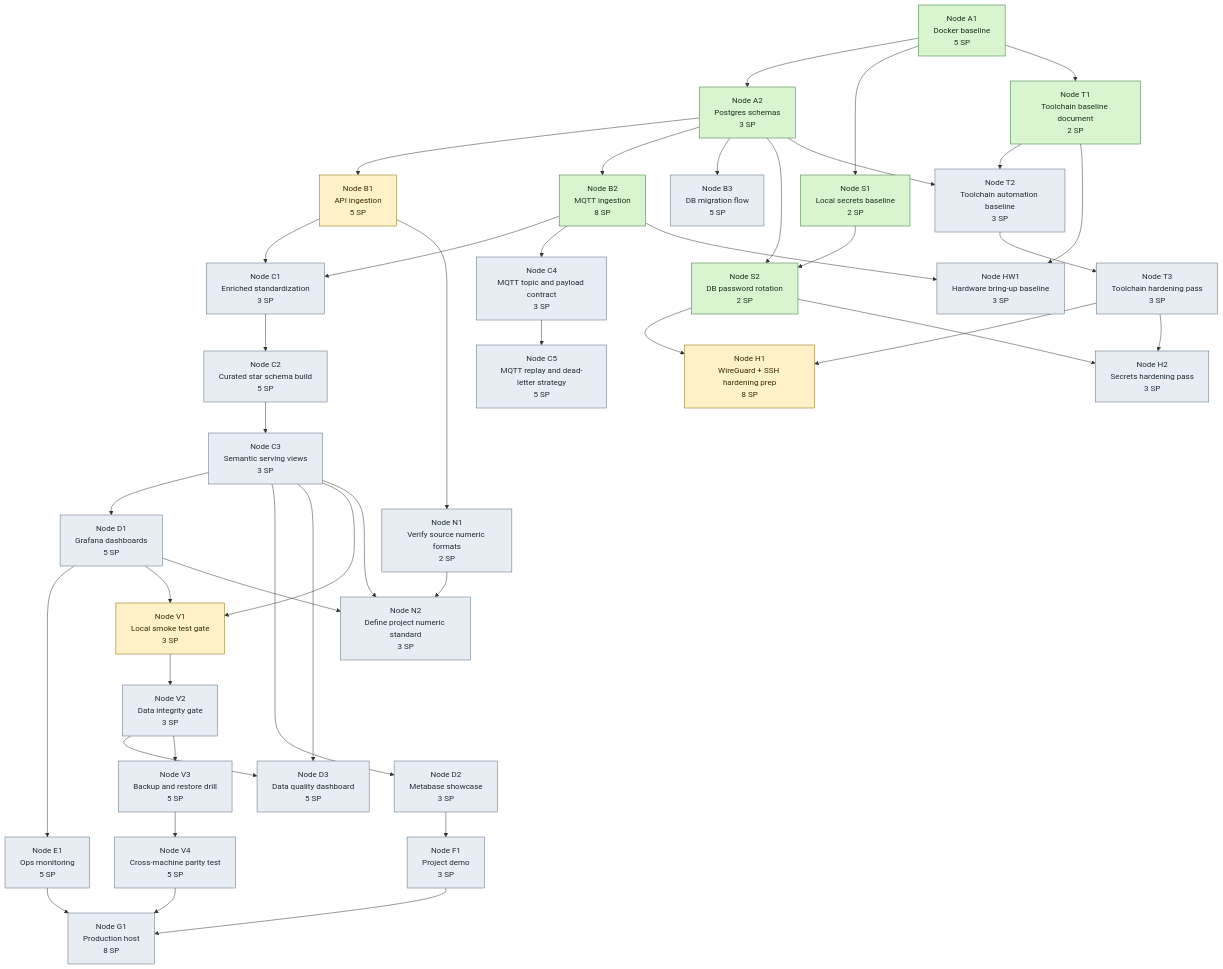
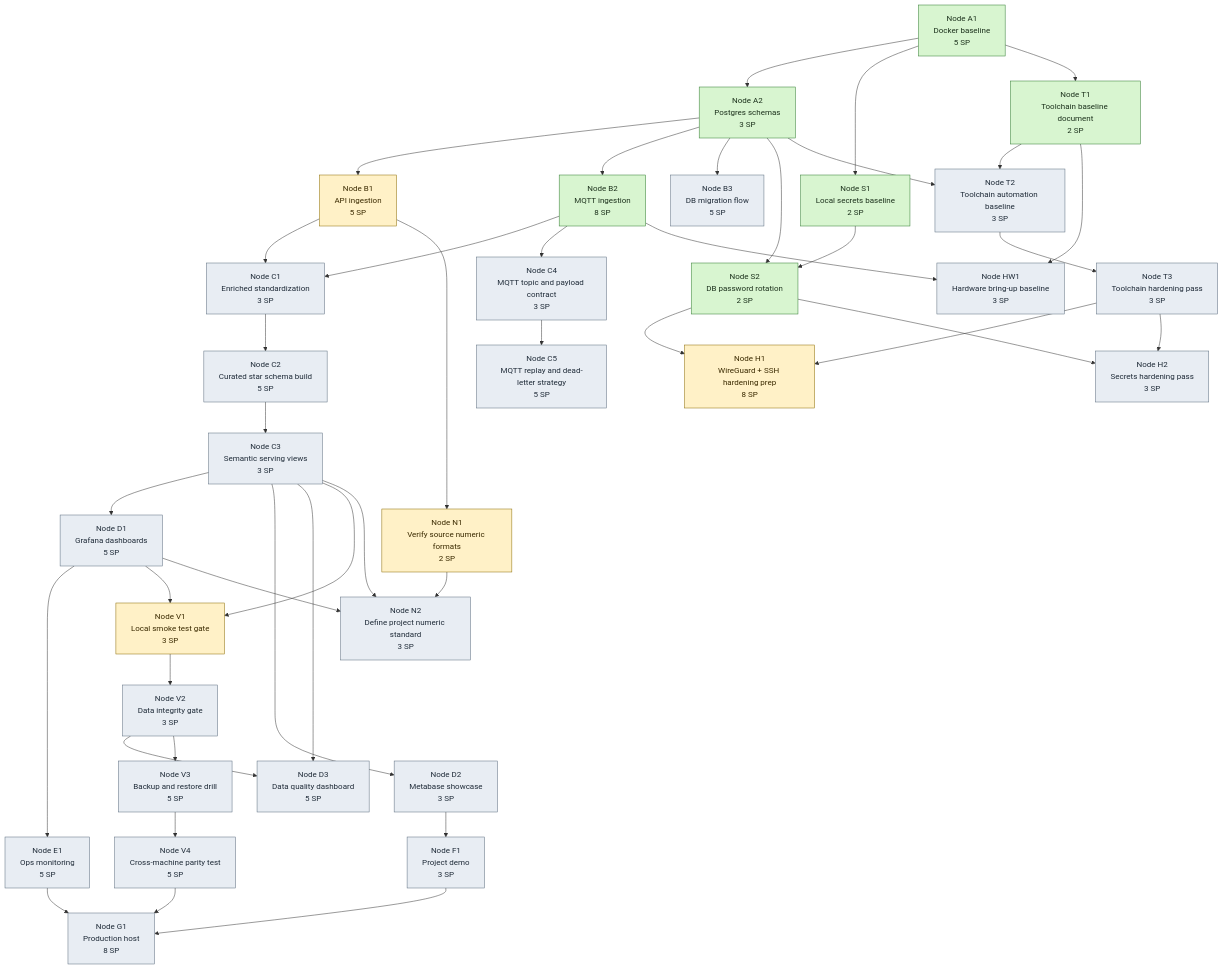
Before and after one commit to EnTekLasse/commons-anchor: the diagram in docs/architecture/diagrams/tech-tree.mmd, drawn with Mermaid. The commit also changed 5 other files, not shown here.

```diff
--- a/docs/architecture/diagrams/tech-tree.mmd
+++ b/docs/architecture/diagrams/tech-tree.mmd
@@ -1,108 +1,108 @@
 %% AUTO-GENERATED FROM docs/architecture/diagram-model.json
 flowchart TD
   A1[Node A1<br/>Docker baseline<br/>5 SP]
   A2[Node A2<br/>Postgres schemas<br/>3 SP]
   B1[Node B1<br/>API ingestion<br/>5 SP]
   B2[Node B2<br/>MQTT ingestion<br/>8 SP]
   B3[Node B3<br/>DB migration flow<br/>5 SP]
   C1[Node C1<br/>Enriched standardization<br/>3 SP]
   C2[Node C2<br/>Curated star schema build<br/>5 SP]
   C3[Node C3<br/>Semantic serving views<br/>3 SP]
   C4[Node C4<br/>MQTT topic and payload contract<br/>3 SP]
   C5[Node C5<br/>MQTT replay and dead-letter strategy<br/>5 SP]
   D1[Node D1<br/>Grafana dashboards<br/>5 SP]
   D2[Node D2<br/>Metabase showcase<br/>3 SP]
   D3[Node D3<br/>Data quality dashboard<br/>5 SP]
   E1[Node E1<br/>Ops monitoring<br/>5 SP]
   F1[Node F1<br/>Project demo<br/>3 SP]
   V1[Node V1<br/>Local smoke test gate<br/>3 SP]
   V2[Node V2<br/>Data integrity gate<br/>3 SP]
   V3[Node V3<br/>Backup and restore drill<br/>5 SP]
   V4[Node V4<br/>Cross-machine parity test<br/>5 SP]
   G1[Node G1<br/>Production host<br/>8 SP]
   S1[Node S1<br/>Local secrets baseline<br/>2 SP]
   S2[Node S2<br/>DB password rotation<br/>2 SP]
   N1[Node N1<br/>Verify source numeric formats<br/>2 SP]
   N2[Node N2<br/>Define project numeric standard<br/>3 SP]
   H1[Node H1<br/>WireGuard + SSH hardening prep<br/>8 SP]
   H2[Node H2<br/>Secrets hardening pass<br/>3 SP]
   T1[Node T1<br/>Toolchain baseline document<br/>2 SP]
   T2[Node T2<br/>Toolchain automation baseline<br/>3 SP]
   T3[Node T3<br/>Toolchain hardening pass<br/>3 SP]
   HW1[Node HW1<br/>Hardware bring-up baseline<br/>3 SP]
 
   A1 --> A2
   A2 --> B1
   A2 --> B2
   A2 --> B3
   B1 --> C1
   B2 --> C1
   C1 --> C2
   C2 --> C3
   B2 --> C4
   C4 --> C5
   C3 --> D1
   C3 --> D2
   C3 --> D3
   V2 --> D3
   D1 --> E1
   D2 --> F1
   C3 --> V1
   D1 --> V1
   V1 --> V2
   V2 --> V3
   V3 --> V4
   E1 --> G1
   F1 --> G1
   V4 --> G1
   A1 --> S1
   S1 --> S2
   A2 --> S2
   B1 --> N1
   N1 --> N2
   C3 --> N2
   D1 --> N2
   S2 --> H1
   T3 --> H1
   S2 --> H2
   T3 --> H2
   A1 --> T1
   T1 --> T2
   A2 --> T2
   T2 --> T3
   B2 --> HW1
   T1 --> HW1
 
   classDef done fill:#d8f5d0,stroke:#2f7a2f,stroke-width:1px,color:#1c311c
   classDef inProgress fill:#fff1c7,stroke:#8a6a00,stroke-width:1px,color:#3a2a00
   classDef backlog fill:#e8edf3,stroke:#5a6b7d,stroke-width:1px,color:#1f2b38
   class A1 done
   class A2 done
   class B1 inProgress
   class B2 done
   class B3 backlog
   class C1 backlog
   class C2 backlog
   class C3 backlog
   class C4 backlog
   class C5 backlog
   class D1 backlog
   class D2 backlog
   class D3 backlog
   class E1 backlog
   class F1 backlog
   class V1 inProgress
   class V2 backlog
   class V3 backlog
   class V4 backlog
   class G1 backlog
   class S1 done
   class S2 done
-  class N1 backlog
+  class N1 inProgress
   class N2 backlog
   class H1 inProgress
   class H2 backlog
   class T1 done
   class T2 backlog
   class T3 backlog
   class HW1 backlog
```
